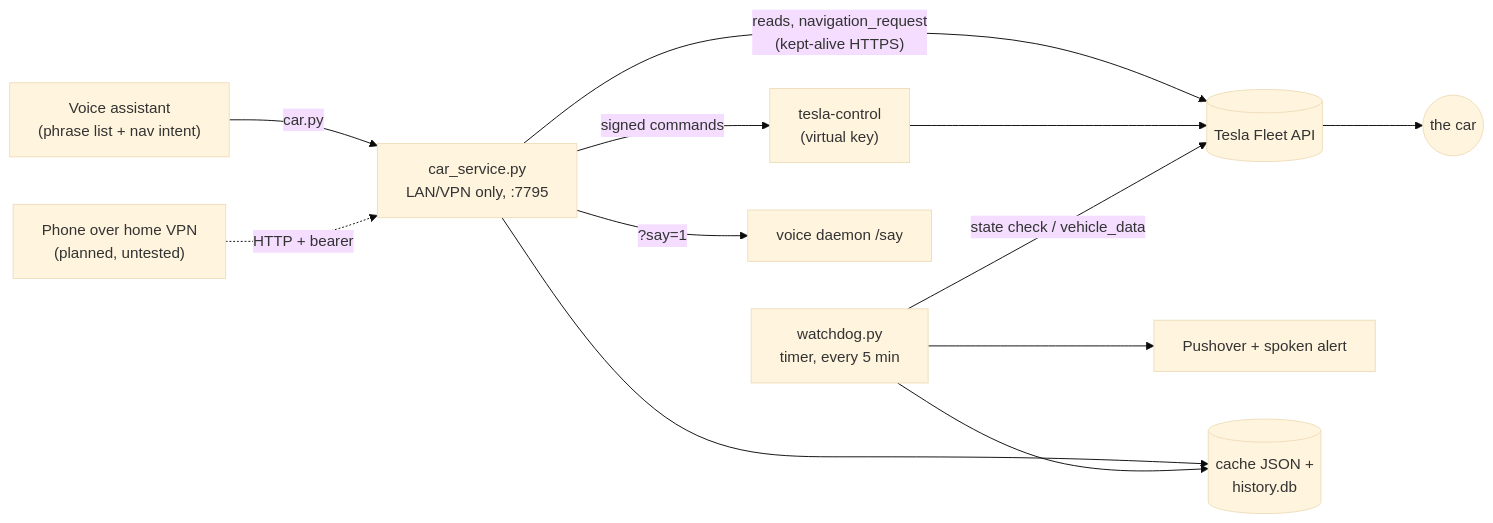
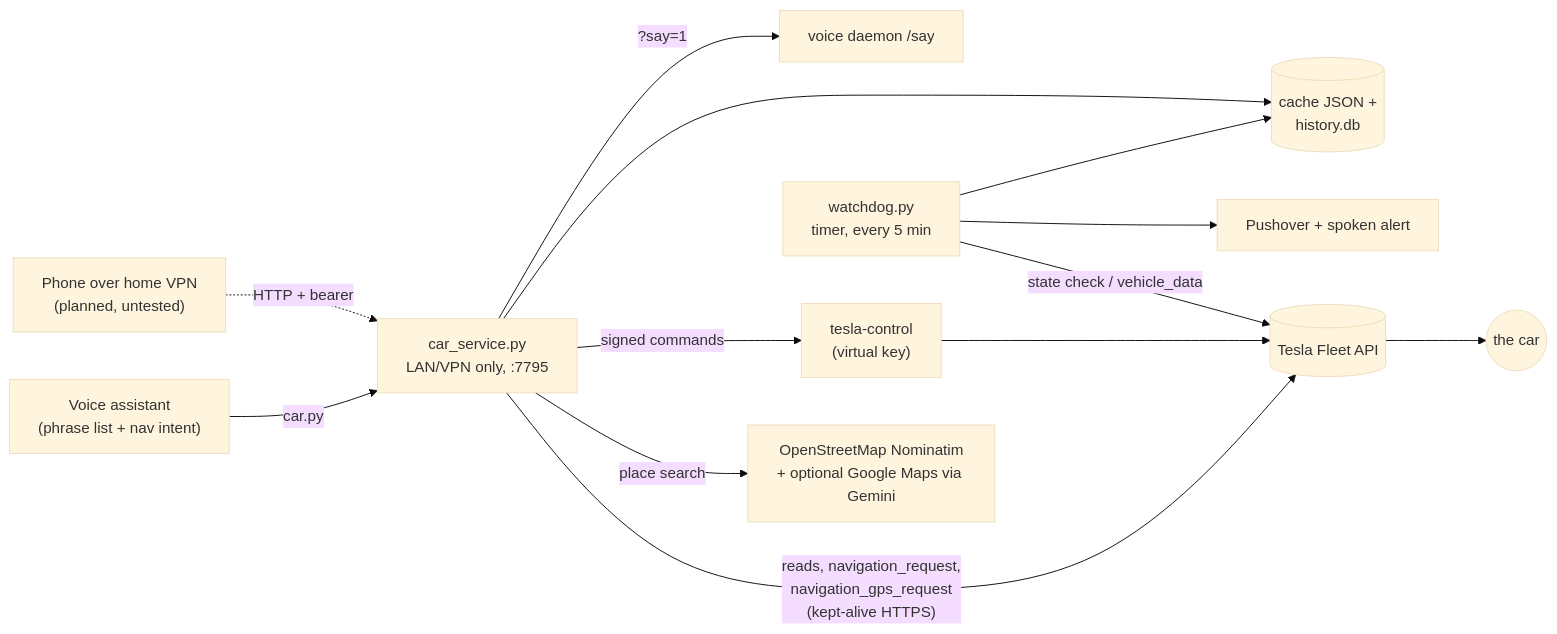
One commit to JPInert/tesla-fleet-voice changed the first of 2 diagrams in README.md. Above: the diagram before and after it, drawn with Mermaid (base theme). The commit also changed other lines of this file and 10 other files, not shown here.

````diff
--- a/README.md
+++ b/README.md
@@ -28,13 +32,14 @@
 ```mermaid
 flowchart LR
   V["Voice assistant<br/>(phrase list + nav intent)"] -->|car.py| S
   P["Phone over home VPN<br/>(planned, untested)"] -.->|HTTP + bearer| S
-  S["car_service.py<br/>LAN/VPN only, :7795"] -->|"reads, navigation_request<br/>(kept-alive HTTPS)"| F[(Tesla Fleet API)]
+  S["car_service.py<br/>LAN/VPN only, :7795"] -->|"reads, navigation_request,<br/>navigation_gps_request<br/>(kept-alive HTTPS)"| F[(Tesla Fleet API)]
+  S -->|"place search"| M["OpenStreetMap Nominatim<br/>+ optional Google Maps via Gemini"]
   S -->|signed commands| T["tesla-control<br/>(virtual key)"] --> F
   W["watchdog.py<br/>timer, every 5 min"] -->|"state check / vehicle_data"| F
   W --> A["Pushover + spoken alert"]
   S --> C[("cache JSON +<br/>history.db")]
   W --> C
   S -->|"?say=1"| SAY["voice daemon /say"]
   F --> CAR(("the car"))
 ```
````
